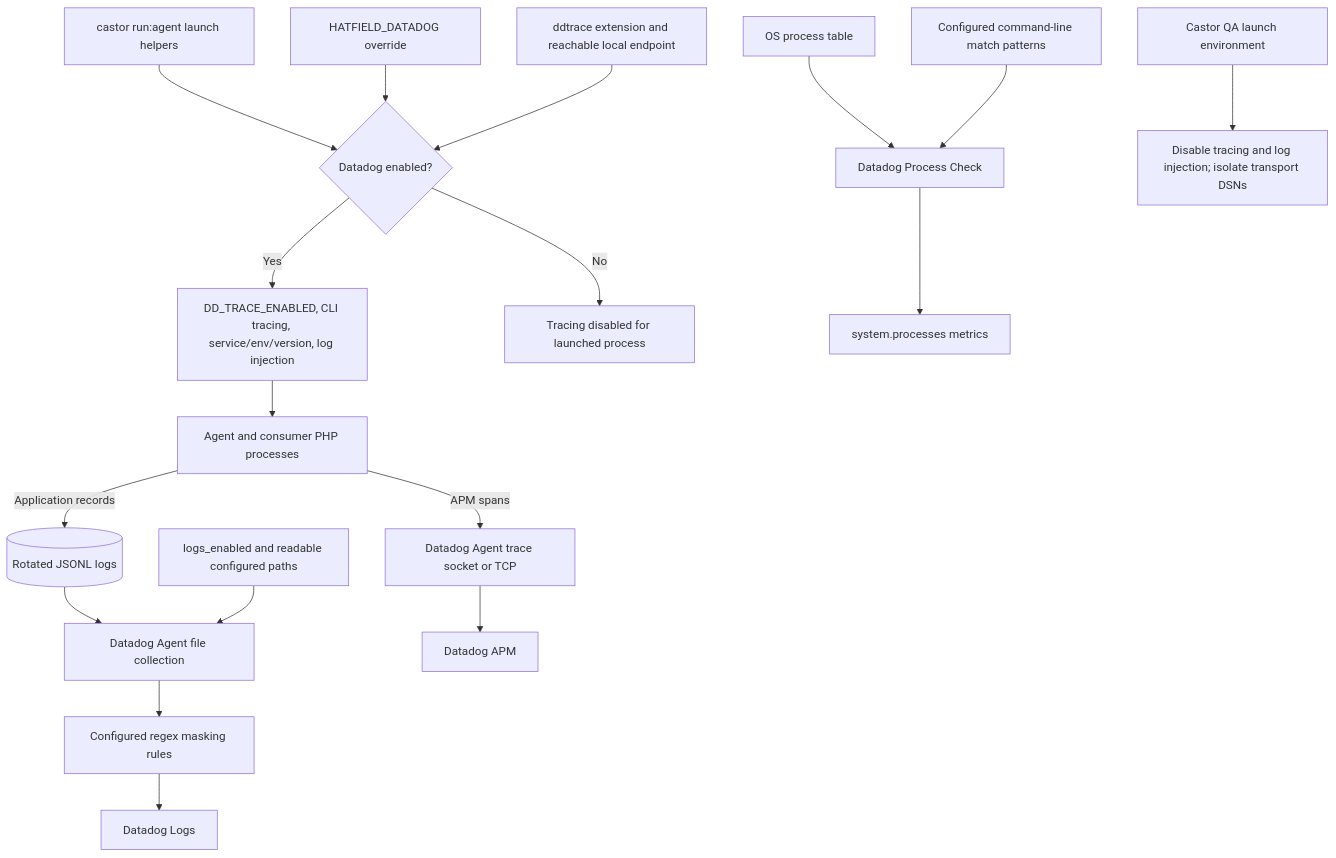
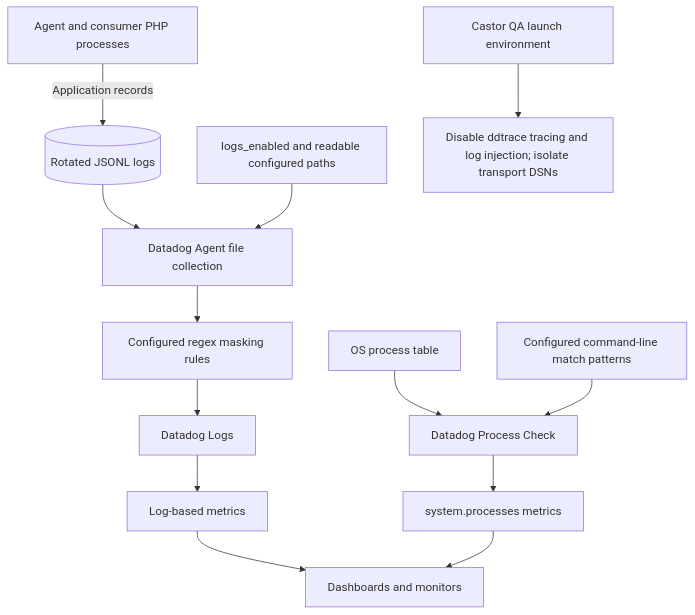
Before and after one commit to ineersa/agent-core: the fifth of 6 diagrams in architecture/logging.md, drawn with Mermaid. The commit also changed other lines of this file and 11 other files, not shown here.

First line of the commit message:
refactor(observability): drop Datadog PHP extension integration

````diff
--- a/architecture/logging.md
+++ b/architecture/logging.md
@@ -144,20 +137,15 @@
 ```mermaid
 flowchart TB
-    Launch["castor run:agent launch helpers"] --> Gate{Datadog enabled?}
-    Flag[HATFIELD_DATADOG override] --> Gate
-    Available[ddtrace extension and reachable local endpoint] --> Gate
-    Gate -->|Yes| Env[DD_TRACE_ENABLED, CLI tracing, service/env/version, log injection]
-    Gate -->|No| Disabled[Tracing disabled for launched process]
-    Env --> PHP[Agent and consumer PHP processes]
-    PHP -->|APM spans| TraceAgent[Datadog Agent trace socket or TCP]
-    PHP -->|Application records| Files[(Rotated JSONL logs)]
+    PHP[Agent and consumer PHP processes] -->|Application records| Files[(Rotated JSONL logs)]
     Files --> Tail[Datadog Agent file collection]
     LogsConfig[logs_enabled and readable configured paths] --> Tail
     Tail --> Mask[Configured regex masking rules]
     Mask --> Explorer[Datadog Logs]
-    TraceAgent --> APM[Datadog APM]
+    Explorer --> LogMetrics[Log-based metrics]
+    LogMetrics --> Dashboards[Dashboards and monitors]
     OS[OS process table] --> Check[Datadog Process Check]
     Match[Configured command-line match patterns] --> Check
     Check --> Metrics[system.processes metrics]
-    QA[Castor QA launch environment] --> Off[Disable tracing and log injection; isolate transport DSNs]
+    Metrics --> Dashboards
+    QA[Castor QA launch environment] --> Off[Disable ddtrace tracing and log injection; isolate transport DSNs]
 ```
````
